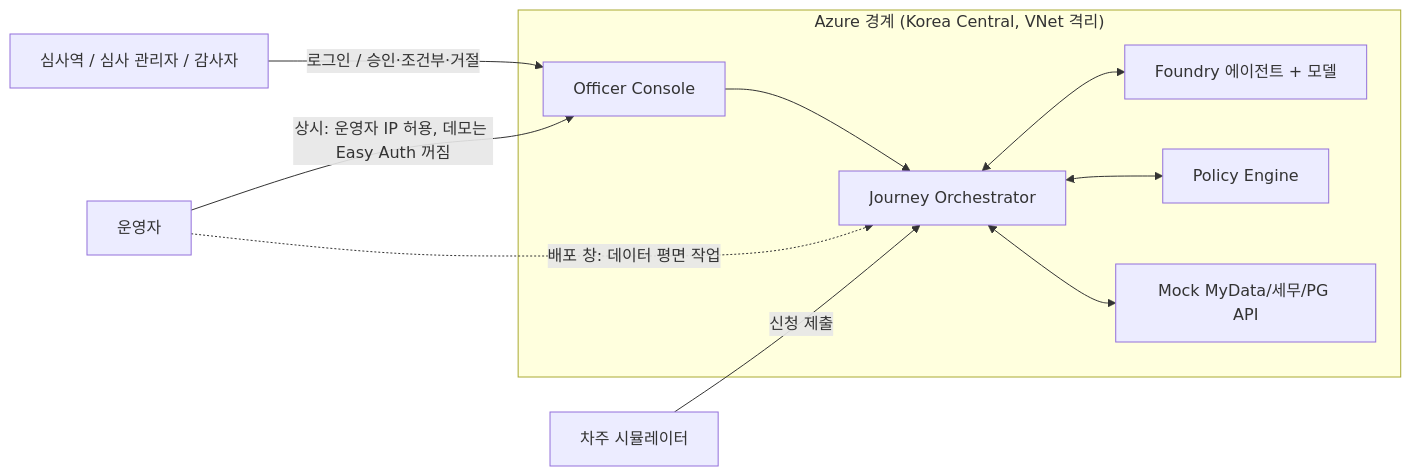
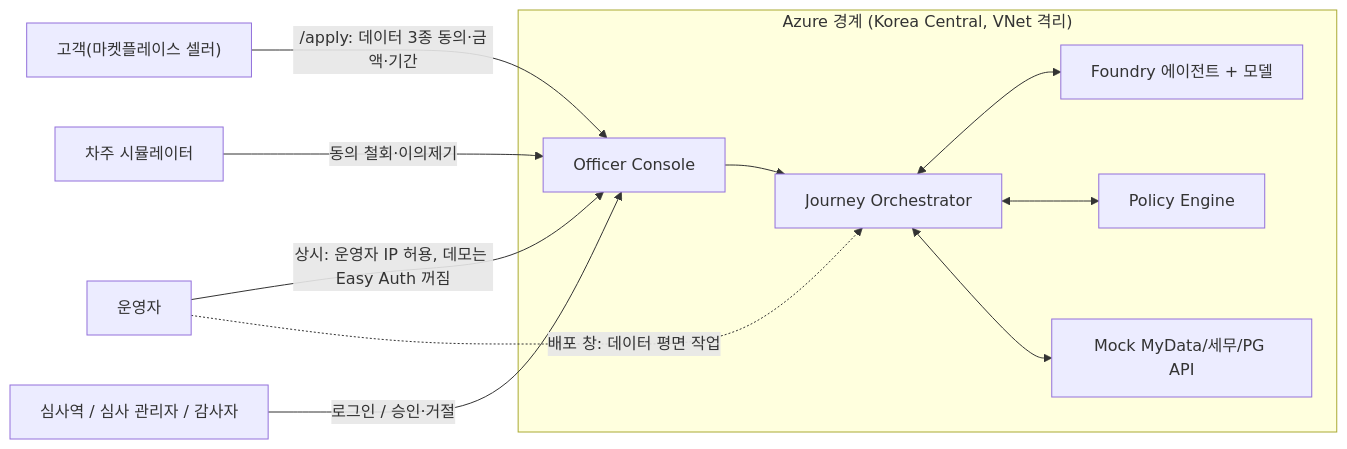
The first of 5 diagrams in docs/architecture.md (freeman9844/ms-ama-04), drawn with Mermaid before and after one commit. The commit also changed other lines of this file and 9 other files, not shown here.

````diff
--- a/docs/architecture.md
+++ b/docs/architecture.md
@@ -11,21 +11,23 @@
 ```mermaid
 flowchart LR
+  customer["고객(마켓플레이스 셀러)"]
   borrower["차주 시뮬레이터"]
   officer["심사역 / 심사 관리자 / 감사자"]
   operator["운영자"]
   subgraph azure["Azure 경계 (Korea Central, VNet 격리)"]
     console["Officer Console"]
     orch["Journey Orchestrator"]
     foundry["Foundry 에이전트 + 모델"]
     policy["Policy Engine"]
     mock["Mock MyData/세무/PG API"]
   end
-  borrower -->|신청 제출| orch
-  officer -->|로그인 / 승인·조건부·거절| console
+  customer -->|/apply: 데이터 3종 동의·금액·기간| console
+  borrower -->|동의 철회·이의제기| console
+  officer -->|로그인 / 승인·거절| console
   operator -->|상시: 운영자 IP 허용, 데모는 Easy Auth 꺼짐| console
   operator -.->|배포 창: 데이터 평면 작업| orch
   console --> orch
   orch <--> foundry
   orch <--> policy
   orch <--> mock
 ```
````
